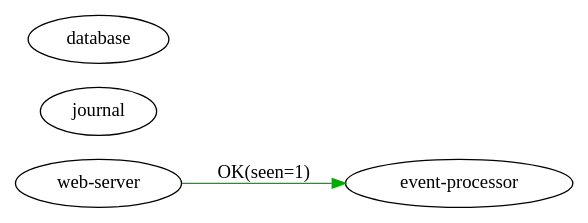
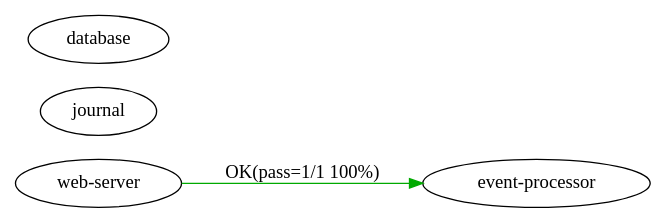
One commit to ane/observatory changed the third of 5 diagrams in docs/src/configuration.rst. Above: the diagram before and after it, drawn with Graphviz. The commit also changed other lines of this file and 5 other files, not shown here.

```diff
--- a/docs/src/configuration.rst
+++ b/docs/src/configuration.rst
@@ -101,11 +112,11 @@
 .. graphviz::
    
    digraph foo {
      rankdir=LR;
      A[label="web-server"];
      B[label="event-processor"];
      C[label="journal"];
      D[label="database"];
 
-     A->B[label="OK(seen=1)",color="#00AA00"];
+     A->B[label="OK(pass=1/1 100%)",color="#00AA00"];
    }
```
